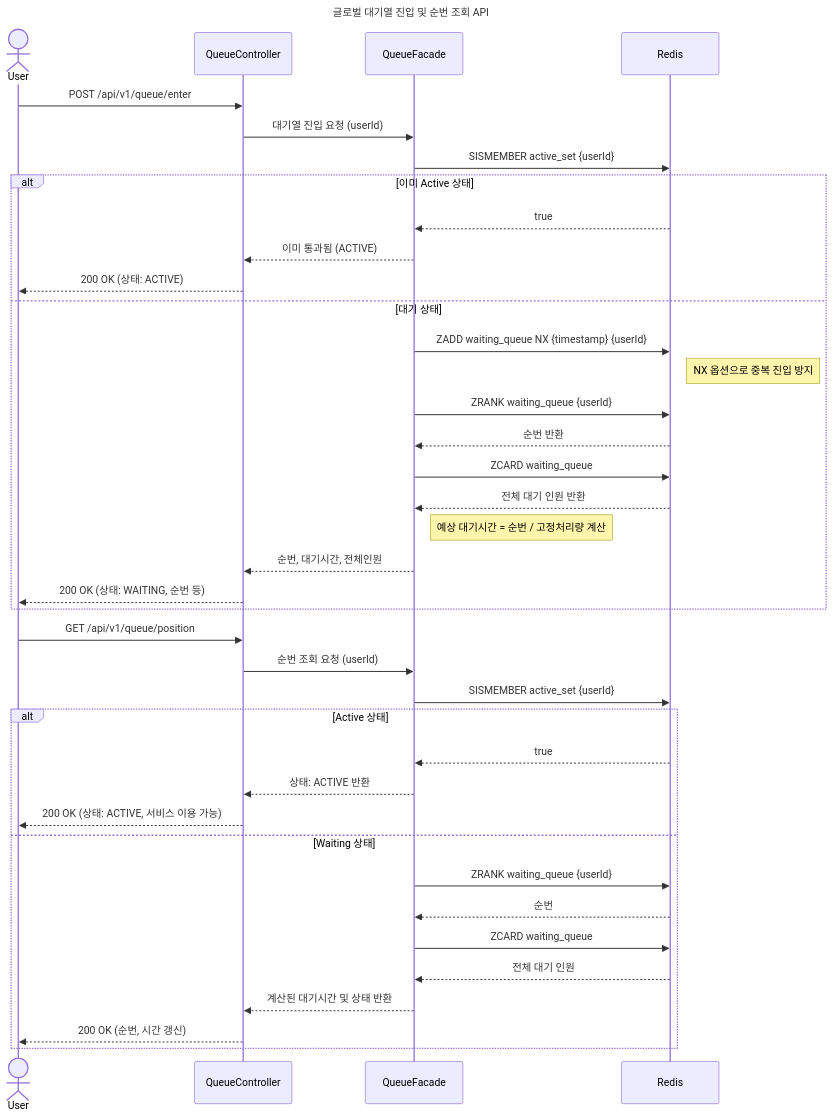
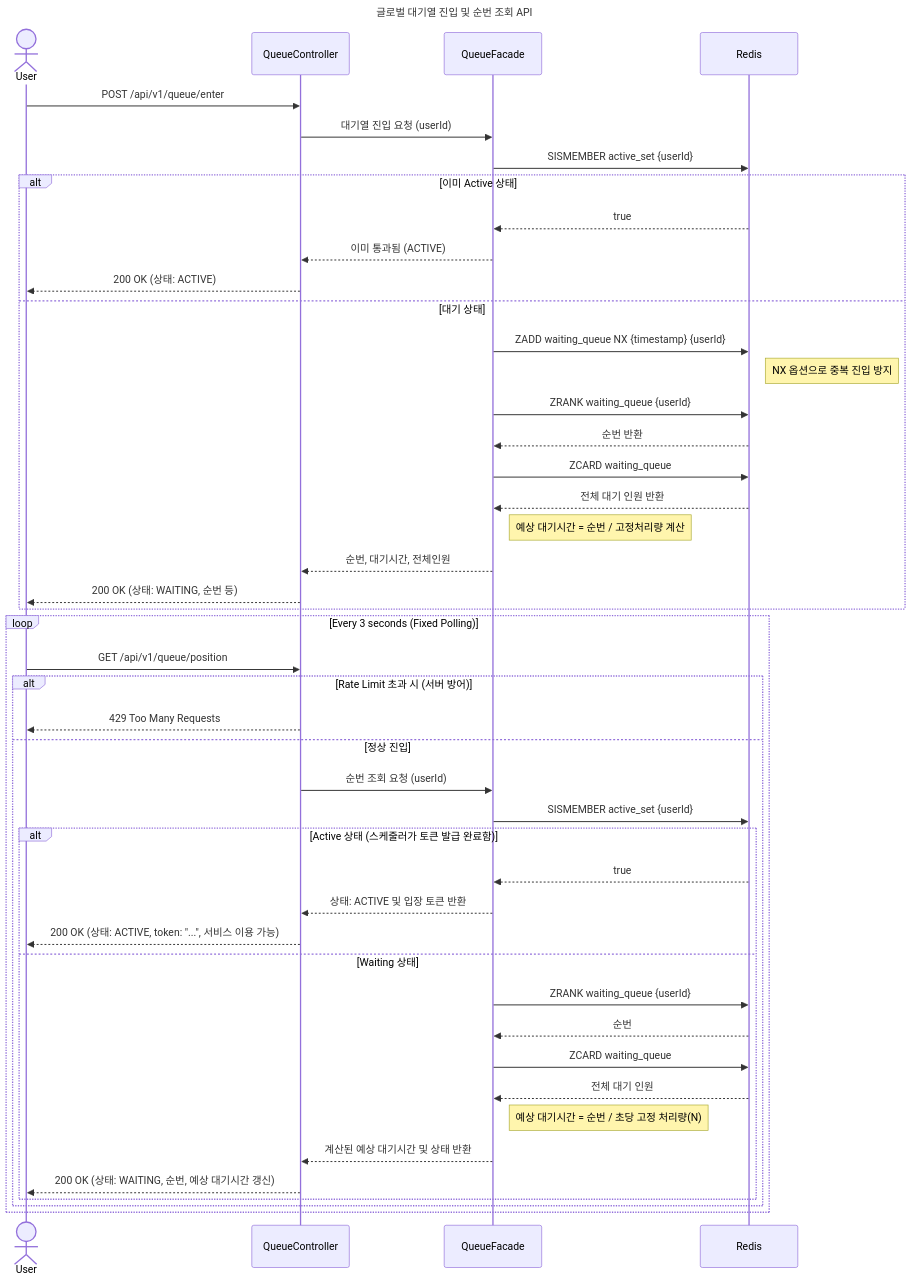
Diagram 13 of 15 in docs/week2/02-sequence-diagrams.md (eelseungmin/loop-pack-be-l2-vol4-java), drawn with Mermaid before and after one commit. The commit also changed 2 other files, not shown here.

Commit message:
docs: 대기열 스케줄러 배치 크기 산정 k6 테스트 결과 반영

````diff
--- a/docs/week2/02-sequence-diagrams.md
+++ b/docs/week2/02-sequence-diagrams.md
@@ -549,47 +549,55 @@
 ```mermaid
 sequenceDiagram
     title 글로벌 대기열 진입 및 순번 조회 API
     actor User
     participant Controller as QueueController
     participant Facade as QueueFacade
     participant Redis
 
     %% 1. 대기열 진입
     User->>Controller: POST /api/v1/queue/enter
     Controller->>Facade: 대기열 진입 요청 (userId)
     
     Facade->>Redis: SISMEMBER active_set {userId}
     alt 이미 Active 상태
         Redis-->>Facade: true
         Facade-->>Controller: 이미 통과됨 (ACTIVE)
         Controller-->>User: 200 OK (상태: ACTIVE)
     else 대기 상태
         Facade->>Redis: ZADD waiting_queue NX {timestamp} {userId}
         Note right of Redis: NX 옵션으로 중복 진입 방지
         Facade->>Redis: ZRANK waiting_queue {userId}
         Redis-->>Facade: 순번 반환
         Facade->>Redis: ZCARD waiting_queue
         Redis-->>Facade: 전체 대기 인원 반환
         Note right of Facade: 예상 대기시간 = 순번 / 고정처리량 계산
         Facade-->>Controller: 순번, 대기시간, 전체인원
         Controller-->>User: 200 OK (상태: WAITING, 순번 등)
     end
 
-    %% 2. 순번 폴링 조회
-    User->>Controller: GET /api/v1/queue/position
-    Controller->>Facade: 순번 조회 요청 (userId)
-    
-    Facade->>Redis: SISMEMBER active_set {userId}
-    alt Active 상태
-        Redis-->>Facade: true
-        Facade-->>Controller: 상태: ACTIVE 반환
-        Controller-->>User: 200 OK (상태: ACTIVE, 서비스 이용 가능)
-    else Waiting 상태
-        Facade->>Redis: ZRANK waiting_queue {userId}
-        Redis-->>Facade: 순번
-        Facade->>Redis: ZCARD waiting_queue
-        Redis-->>Facade: 전체 대기 인원
-        Facade-->>Controller: 계산된 대기시간 및 상태 반환
-        Controller-->>User: 200 OK (순번, 시간 갱신)
+    %% 2. 순번 폴링 조회 (클라이언트 고정 주기)
+    loop Every 3 seconds (Fixed Polling)
+        User->>Controller: GET /api/v1/queue/position
+        
+        alt Rate Limit 초과 시 (서버 방어)
+            Controller-->>User: 429 Too Many Requests
+        else 정상 진입
+            Controller->>Facade: 순번 조회 요청 (userId)
+            
+            Facade->>Redis: SISMEMBER active_set {userId}
+            alt Active 상태 (스케줄러가 토큰 발급 완료함)
+                Redis-->>Facade: true
+                Facade-->>Controller: 상태: ACTIVE 및 입장 토큰 반환
+                Controller-->>User: 200 OK (상태: ACTIVE, token: "...", 서비스 이용 가능)
+            else Waiting 상태
+                Facade->>Redis: ZRANK waiting_queue {userId}
+                Redis-->>Facade: 순번
+                Facade->>Redis: ZCARD waiting_queue
+                Redis-->>Facade: 전체 대기 인원
+                Note right of Facade: 예상 대기시간 = 순번 / 초당 고정 처리량(N)
+                Facade-->>Controller: 계산된 예상 대기시간 및 상태 반환
+                Controller-->>User: 200 OK (상태: WAITING, 순번, 예상 대기시간 갱신)
+            end
+        end
     end
 ```
````
